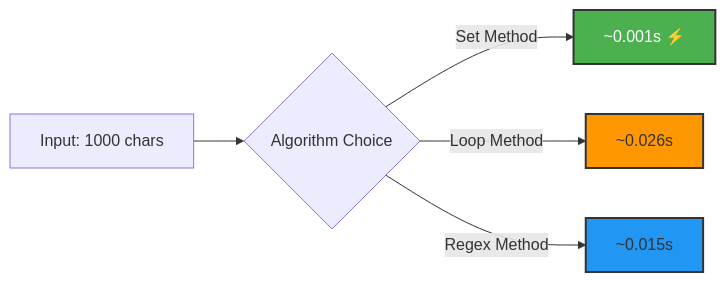
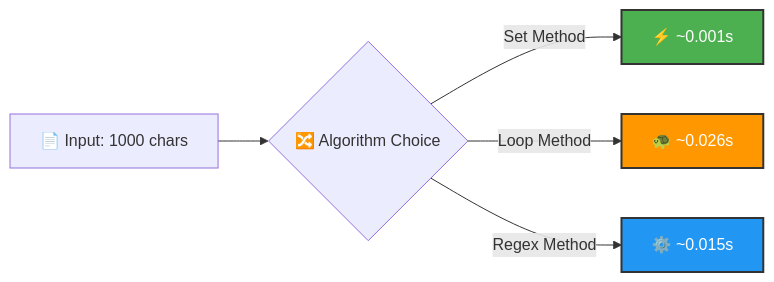
One commit to LuthandoCandlovu/sarao-technical-challenge changed the second of 2 diagrams in project-3/README.md. Above: the diagram before and after it, drawn with Mermaid. The commit also changed other lines of this file, not shown here.

````diff
--- a/project-3/README.md
+++ b/project-3/README.md
@@ -218,11 +370,11 @@
 ```mermaid
 graph LR
-    A[Input: 1000 chars] --> B{Algorithm Choice}
-    B -->|Set Method| C[~0.001s ⚡]
-    B -->|Loop Method| D[~0.026s]
-    B -->|Regex Method| E[~0.015s]
+    A[📄 Input: 1000 chars] --> B{🔀 Algorithm Choice}
+    B -->|Set Method| C[⚡ ~0.001s]
+    B -->|Loop Method| D[🐢 ~0.026s]
+    B -->|Regex Method| E[⚙️ ~0.015s]
 
     style C fill:#4CAF50,stroke:#333,stroke-width:2px,color:#fff
-    style D fill:#FF9800,stroke:#333,stroke-width:2px
-    style E fill:#2196F3,stroke:#333,stroke-width:2px
+    style D fill:#FF9800,stroke:#333,stroke-width:2px,color:#fff
+    style E fill:#2196F3,stroke:#333,stroke-width:2px,color:#fff
 ```
````
